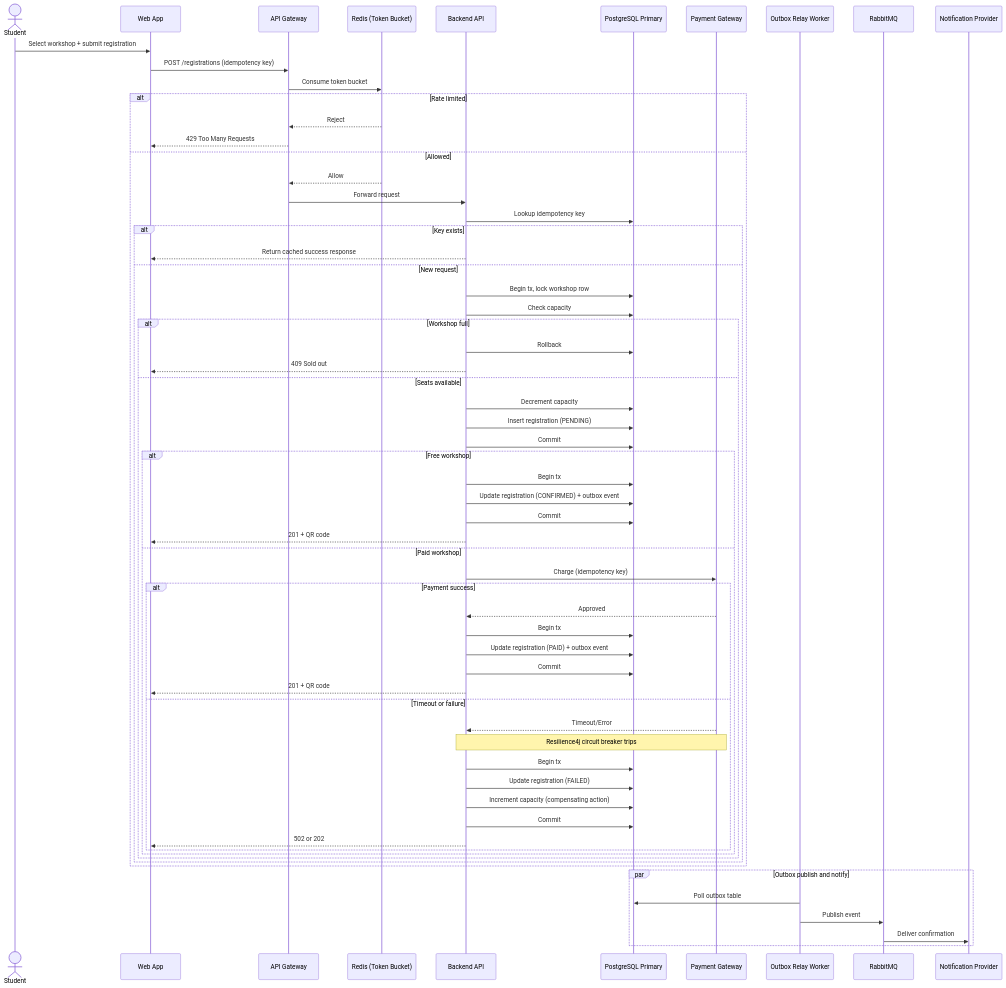
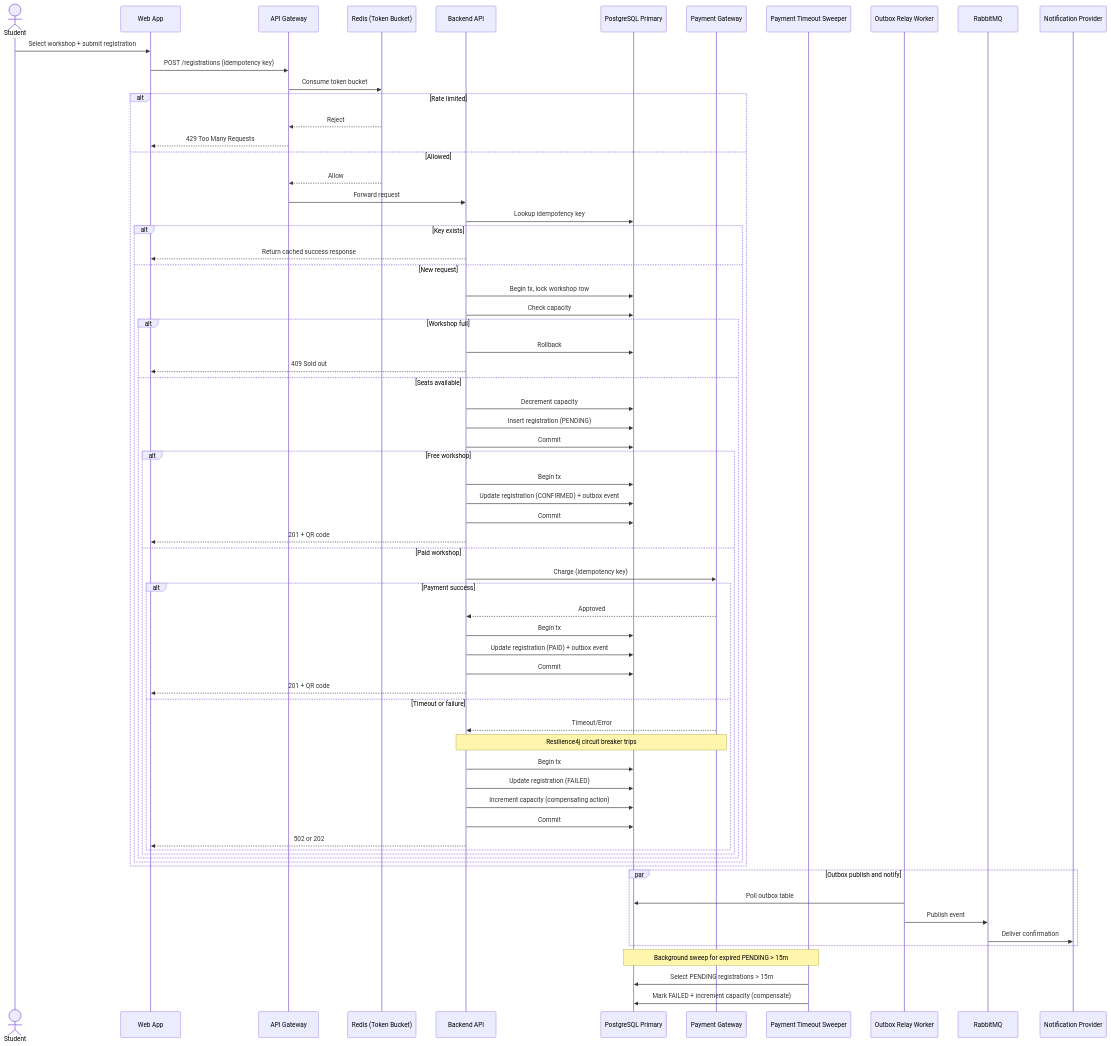
The first of 14 diagrams in blueprint/design.md (phatnguyen975/unihub-workshop), drawn with Mermaid before and after one commit. The commit also changed other lines of this file and 7 other files, not shown here.

````diff
--- a/blueprint/design.md
+++ b/blueprint/design.md
@@ -103,68 +103,73 @@
 ```mermaid
 sequenceDiagram
   actor Student
   participant Web as Web App
   participant GW as API Gateway
   participant Redis as Redis (Token Bucket)
   participant API as Backend API
   participant DB as PostgreSQL Primary
   participant Pay as Payment Gateway
+  participant Sweeper as Payment Timeout Sweeper
   participant Relay as Outbox Relay Worker
   participant Broker as RabbitMQ
   participant Notify as Notification Provider
 
   Student->>Web: Select workshop + submit registration
   Web->>GW: POST /registrations (idempotency key)
   GW->>Redis: Consume token bucket
   alt Rate limited
     Redis-->>GW: Reject
     GW-->>Web: 429 Too Many Requests
   else Allowed
     Redis-->>GW: Allow
     GW->>API: Forward request
     API->>DB: Lookup idempotency key
     alt Key exists
       API-->>Web: Return cached success response
     else New request
       API->>DB: Begin tx, lock workshop row
       API->>DB: Check capacity
       alt Workshop full
         API->>DB: Rollback
         API-->>Web: 409 Sold out
       else Seats available
         API->>DB: Decrement capacity
         API->>DB: Insert registration (PENDING)
         API->>DB: Commit
         alt Free workshop
           API->>DB: Begin tx
           API->>DB: Update registration (CONFIRMED) + outbox event
           API->>DB: Commit
           API-->>Web: 201 + QR code
         else Paid workshop
           API->>Pay: Charge (idempotency key)
           alt Payment success
             Pay-->>API: Approved
             API->>DB: Begin tx
             API->>DB: Update registration (PAID) + outbox event
             API->>DB: Commit
             API-->>Web: 201 + QR code
           else Timeout or failure
             Pay-->>API: Timeout/Error
             Note over API,Pay: Resilience4j circuit breaker trips
             API->>DB: Begin tx
             API->>DB: Update registration (FAILED)
             API->>DB: Increment capacity (compensating action)
             API->>DB: Commit
             API-->>Web: 502 or 202
           end
         end
       end
     end
   end
 
   par Outbox publish and notify
     Relay->>DB: Poll outbox table
     Relay->>Broker: Publish event
     Broker->>Notify: Deliver confirmation
   end
+
+  Note over Sweeper,DB: Background sweep for expired PENDING > 15m
+  Sweeper->>DB: Select PENDING registrations > 15m
+  Sweeper->>DB: Mark FAILED + increment capacity (compensate)
 ```
````
